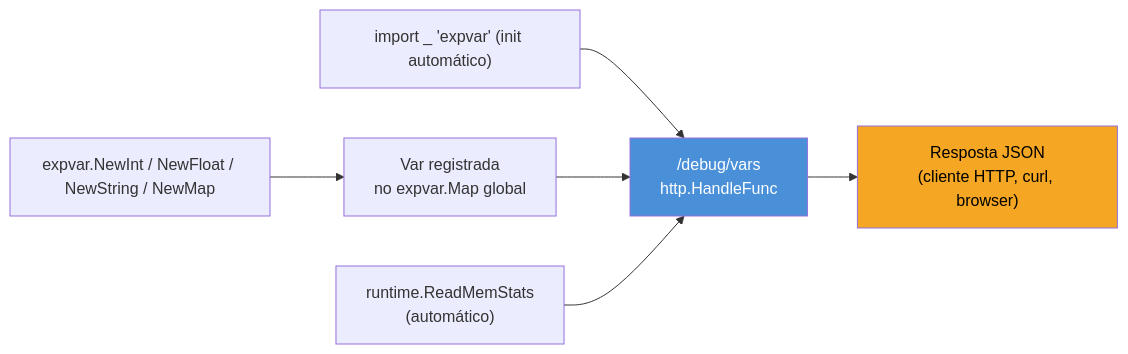
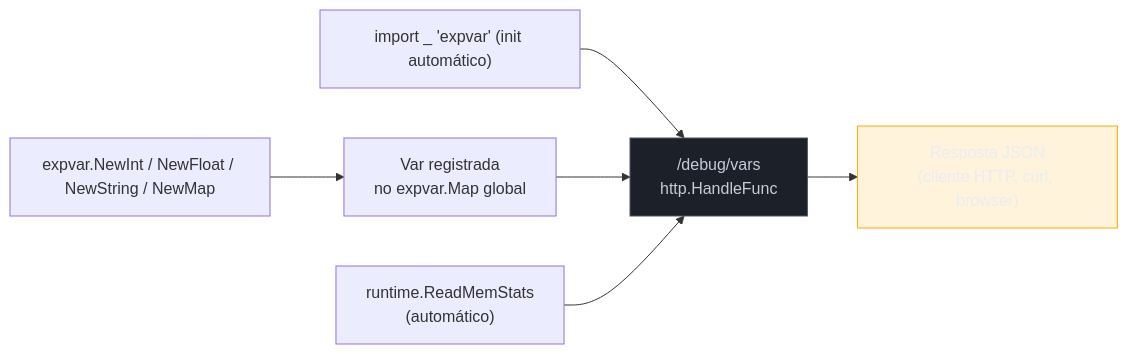
Before and after one commit to josenaldo/codex-technomanticus: the first of 2 diagrams in 03-Dominios/Tecnologia/Go/16 - Observabilidade/06 - expvar e runtime metrics.md, drawn with Mermaid. The commit also changed other lines of this file and 1181 other files, not shown here.

First line of the commit message:
fix(diagramas): paleta do sistema no lugar de cor cravada no markdown

````diff
--- a/03-Dominios/Tecnologia/Go/16 - Observabilidade/06 - expvar e runtime metrics.md
+++ b/03-Dominios/Tecnologia/Go/16 - Observabilidade/06 - expvar e runtime metrics.md
@@ -73,11 +73,13 @@
 ```mermaid
 flowchart LR
+    classDef neutro fill:#1B2029,stroke:#4E5666,color:#C6CCD8
+    classDef destaque fill:#FFAA0024,stroke:#FFAA00,color:#E9ECF2
     A["expvar.NewInt / NewFloat / NewString / NewMap"] --> B["Var registrada\nno expvar.Map global"]
     C["import _ 'expvar' (init automático)"] --> D["/debug/vars\nhttp.HandleFunc"]
     B --> D
     E["runtime.ReadMemStats\n(automático)"] --> D
     D --> F["Resposta JSON\n(cliente HTTP, curl, browser)"]
 
-    style D fill:#4A90D9,color:#fff
-    style F fill:#F5A623,color:#000
+    class D neutro
+    class F destaque
 ```
````
